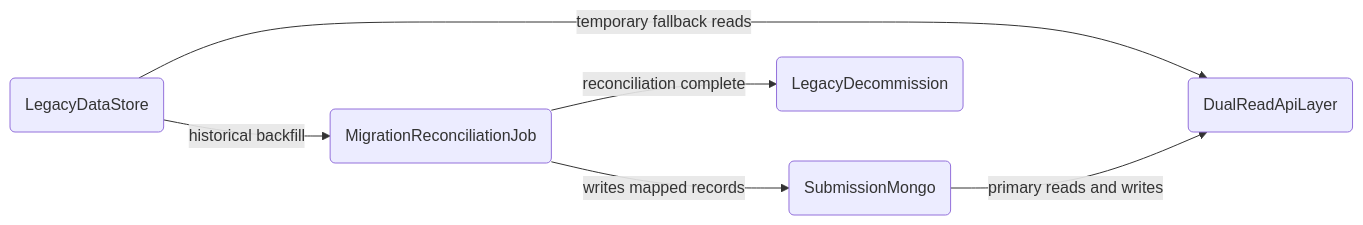
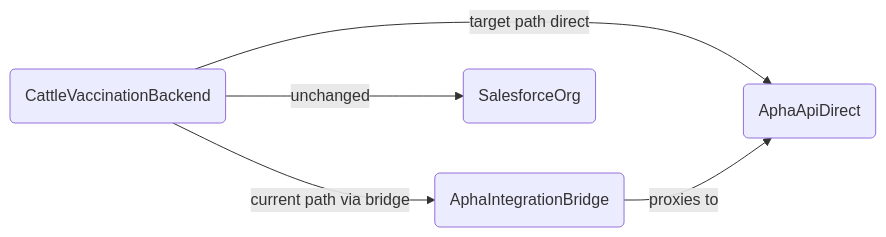
One commit to DEFRA/cattle-vaccination-documentation changed the fourth of 4 diagrams in technology/data-architecture/evolution-view/README.md. Above: the diagram before and after it, drawn with Mermaid. The commit also changed other lines of this file and 3 other files, not shown here.

````diff
--- a/technology/data-architecture/evolution-view/README.md
+++ b/technology/data-architecture/evolution-view/README.md
@@ -68,14 +67,12 @@
 ```mermaid
 flowchart LR
-  LegacyDb(LegacyDataStore)
-  SubmissionNew(SubmissionMongo)
-  MigrationJob(MigrationReconciliationJob)
-  DualReadApi(DualReadApiLayer)
-  Decommission(LegacyDecommission)
+  Backend(CattleVaccinationBackend)
+  AphaBridge(AphaIntegrationBridge)
+  AphaApiDirect(AphaApiDirect)
+  SalesforceOrg(SalesforceOrg)
 
-  LegacyDb -->|"historical backfill"| MigrationJob
-  MigrationJob -->|"writes mapped records"| SubmissionNew
-  LegacyDb -->|"temporary fallback reads"| DualReadApi
-  SubmissionNew -->|"primary reads and writes"| DualReadApi
-  MigrationJob -->|"reconciliation complete"| Decommission
+  Backend -->|"current path via bridge"| AphaBridge
+  Backend -->|"target path direct"| AphaApiDirect
+  AphaBridge -->|"proxies to"| AphaApiDirect
+  Backend -->|"unchanged"| SalesforceOrg
 ```
````
